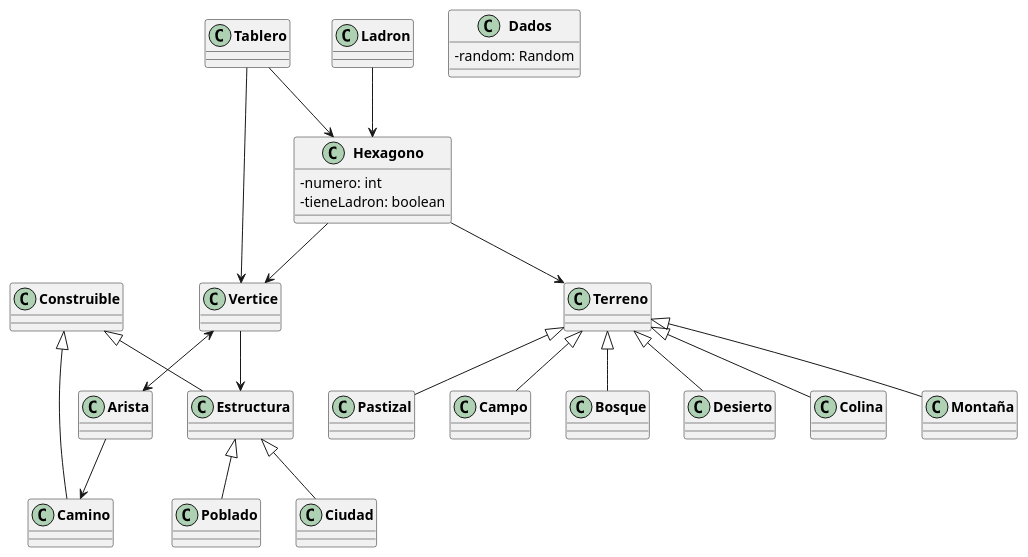
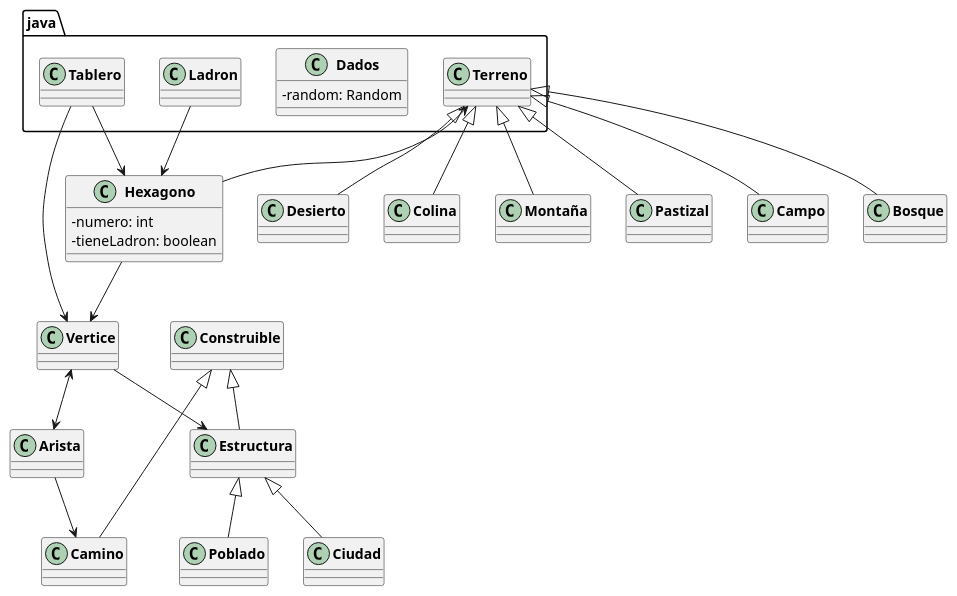
One commit to FGazcon/TP2_Paradigmas_2025_2C changed the diagram in diagramas/diagrama_de_clases_refactor.puml. Above: the diagram before and after it, drawn with PlantUML. The commit also changed 321 other files, not shown here.

```diff
--- a/diagramas/diagrama_de_clases_refactor.puml
+++ b/diagramas/diagrama_de_clases_refactor.puml
@@ -1,48 +1,48 @@
 @startuml Diagrama De CLASES
 
 skinparam classAttributeIconSize 0
 skinparam classFontStyle bold
 
 ' ======================
 ' CLASES DEL MODELO
 ' ======================
 
-class Tablero
+class java.Tablero
 class Hexagono{
     -numero: int
     -tieneLadron: boolean
 }
-class Dados{
+class java.Dados{
     -random: Random
 }
 class Vertice
 class Arista
-class Terreno
-class Ladron
+class java.Terreno
+class java.Ladron
 
-Tablero --> Hexagono
-Tablero --> Vertice
+java.Tablero --> Hexagono
+java.Tablero --> Vertice
 
 Hexagono --> Vertice
-Hexagono --> Terreno
+Hexagono --> java.Terreno
 
-Ladron --> Hexagono
+java.Ladron --> Hexagono
 
 Vertice <--> Arista
 
-Terreno <|-- Desierto
-Terreno <|-- Colina
-Terreno <|-- Montaña
-Terreno <|-- Pastizal
-Terreno <|-- Campo
-Terreno <|-- Bosque
+java.Terreno <|-- Desierto
+java.Terreno <|-- Colina
+java.Terreno <|-- Montaña
+java.Terreno <|-- Pastizal
+java.Terreno <|-- Campo
+java.Terreno <|-- Bosque
 
 Vertice --> Estructura
 Arista --> Camino
 
 Construible <|-- Estructura
 Construible <|-- Camino
 
 Estructura <|-- Poblado
 Estructura <|-- Ciudad
 @enduml
```
